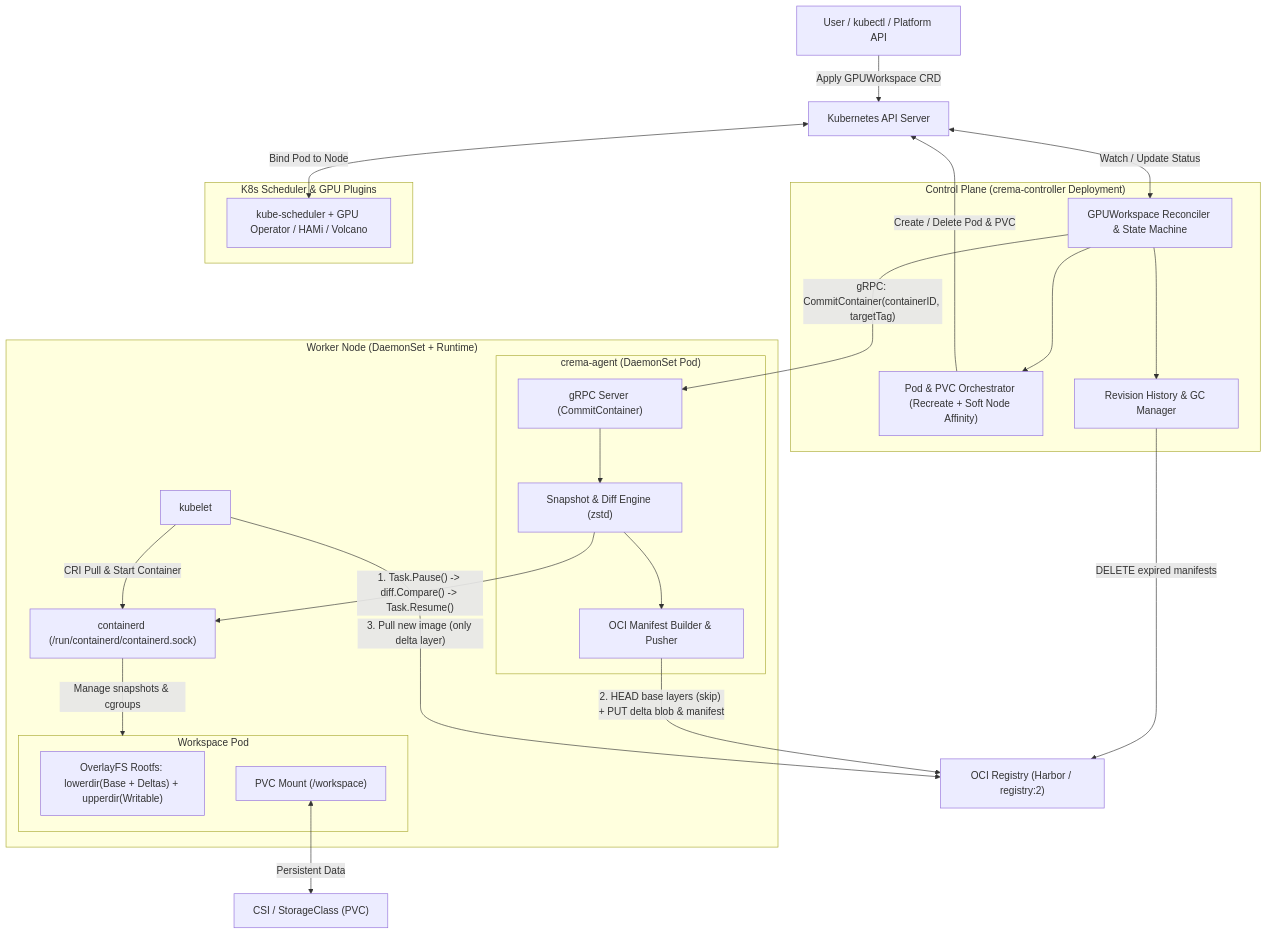
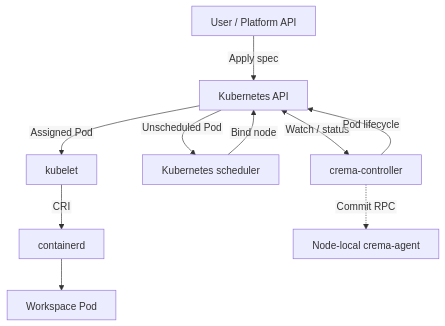
Before and after one commit to kubebottle/crema: the first of 4 diagrams in docs/design.md, drawn with Mermaid. The commit also changed other lines of this file and 3 other files, not shown here.

Commit message:
docs: replace README mermaid with SVG architecture diagram and refine docs

````diff
--- a/docs/design.md
+++ b/docs/design.md
@@ -78,47 +87,13 @@
 ```mermaid
+%%{init: {"htmlLabels": false, "flowchart": {"diagramPadding": 24}}}%%
 flowchart TB
-    User["User / kubectl / Platform API"] -->|Apply GPUWorkspace CRD| APIServer["Kubernetes API Server"]
-
-    subgraph ControlPlane["Control Plane (crema-controller Deployment)"]
-        Reconciler["GPUWorkspace Reconciler & State Machine"]
-        PodOrch["Pod & PVC Orchestrator (Recreate + Soft Node Affinity)"]
-        RevMgr["Revision History & GC Manager"]
-        Reconciler --> PodOrch
-        Reconciler --> RevMgr
-    end
-
-    APIServer <-->|Watch / Update Status| Reconciler
-    PodOrch -->|Create / Delete Pod & PVC| APIServer
-    RevMgr -->|DELETE expired manifests| Registry["OCI Registry (Harbor / registry:2)"]
-
-    subgraph Scheduler["K8s Scheduler & GPU Plugins"]
-        K8sSched["kube-scheduler + GPU Operator / HAMi / Volcano"]
-    end
-    APIServer <-->|Bind Pod to Node| K8sSched
-
-    subgraph WorkerNode["Worker Node (DaemonSet + Runtime)"]
-        subgraph Agent["crema-agent (DaemonSet Pod)"]
-            GRPC["gRPC Server (CommitContainer)"]
-            DiffEngine["Snapshot & Diff Engine (zstd)"]
-            OCIBuilder["OCI Manifest Builder & Pusher"]
-            GRPC --> DiffEngine --> OCIBuilder
-        end
-
-        Kubelet["kubelet"]
-        Containerd["containerd (/run/containerd/containerd.sock)"]
-
-        subgraph WorkspacePod["Workspace Pod"]
-            Rootfs["OverlayFS Rootfs: lowerdir(Base + Deltas) + upperdir(Writable)"]
-            DataVol["PVC Mount (/workspace)"]
-        end
-
-        DiffEngine -->|"1. Task.Pause() -> diff.Compare() -> Task.Resume()"| Containerd
-        Containerd -->|Manage snapshots & cgroups| WorkspacePod
-        Kubelet -->|CRI Pull & Start Container| Containerd
-    end
-
-    Reconciler -->|"gRPC: CommitContainer(containerID, targetTag)"| GRPC
-    OCIBuilder -->|"2. HEAD base layers (skip) + PUT delta blob & manifest"| Registry
-    Kubelet -->|"3. Pull new image (only delta layer)"| Registry
-    DataVol <-->|Persistent Data| Storage["CSI / StorageClass (PVC)"]
+    User["User / Platform API"] -->|Apply spec| API["Kubernetes API"]
+    API <-->|Watch / status| Controller["crema-controller"]
+    Controller -->|Pod lifecycle| API
+    API -->|Unscheduled Pod| Scheduler["Kubernetes scheduler"]
+    Scheduler -->|Bind node| API
+    API -->|Assigned Pod| Kubelet["kubelet"]
+    Kubelet -->|CRI| Runtime["containerd"]
+    Runtime --> Pod["Workspace Pod"]
+    Controller -.->|Commit RPC| Agent["Node-local crema-agent"]
 ```
````
